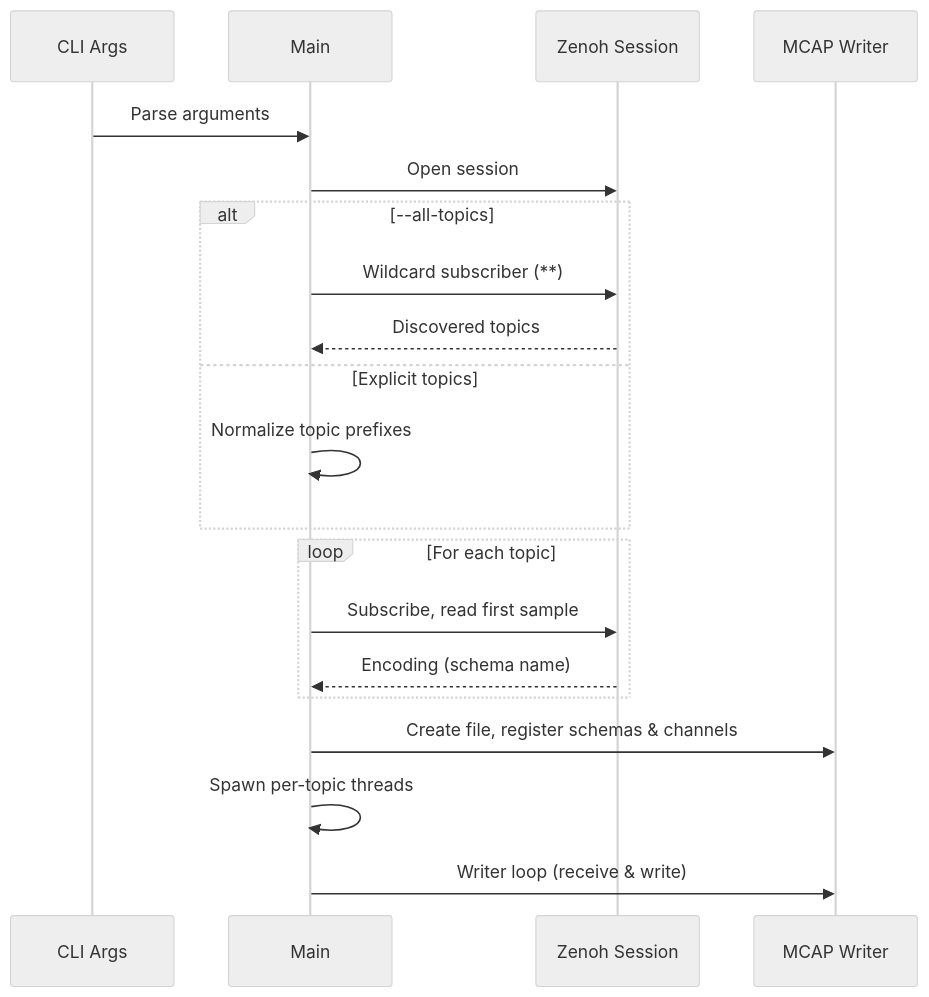
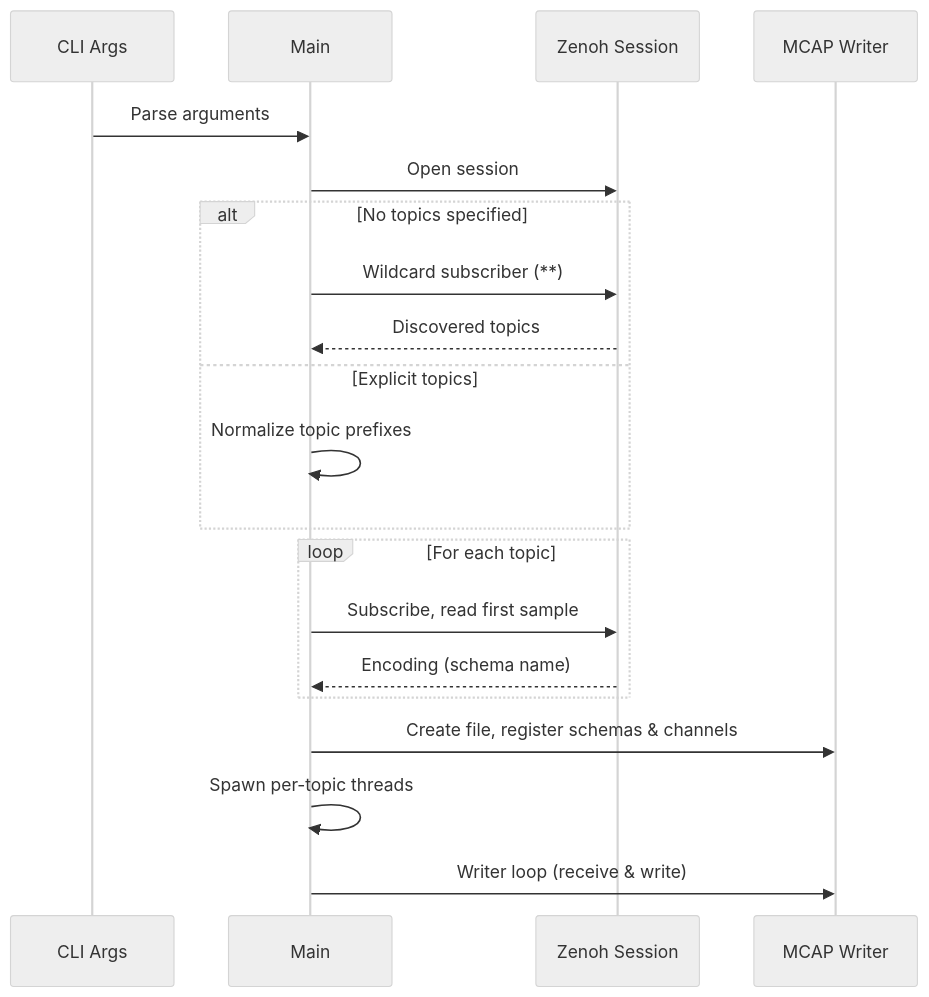
The third of 6 diagrams in ARCHITECTURE.md (EdgeFirstAI/recorder), drawn with Mermaid (neutral theme) before and after one commit. The commit also changed 6 other files, not shown here.

First line of the commit message:
Fix empty env parsing and default to recording all topics.

````diff
--- a/ARCHITECTURE.md
+++ b/ARCHITECTURE.md
@@ -80,26 +80,26 @@
 ```mermaid
 sequenceDiagram
     participant CLI as CLI Args
     participant MAIN as Main
     participant ZENOH as Zenoh Session
     participant MCAP as MCAP Writer
 
     CLI->>MAIN: Parse arguments
     MAIN->>ZENOH: Open session
 
-    alt --all-topics
+    alt No topics specified
         MAIN->>ZENOH: Wildcard subscriber (**)
         ZENOH-->>MAIN: Discovered topics
     else Explicit topics
         MAIN->>MAIN: Normalize topic prefixes
     end
 
     loop For each topic
         MAIN->>ZENOH: Subscribe, read first sample
         ZENOH-->>MAIN: Encoding (schema name)
     end
 
     MAIN->>MCAP: Create file, register schemas & channels
     MAIN->>MAIN: Spawn per-topic threads
     MAIN->>MCAP: Writer loop (receive & write)
 ```
````
